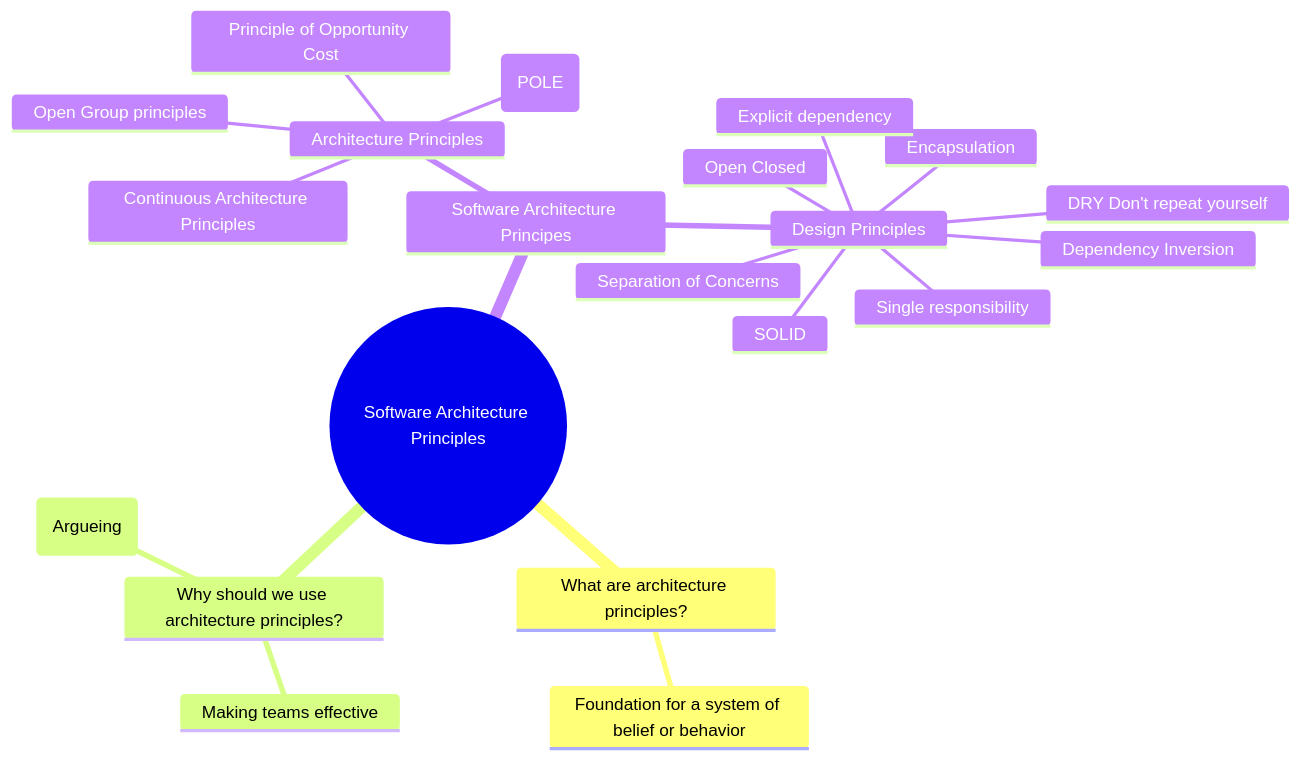
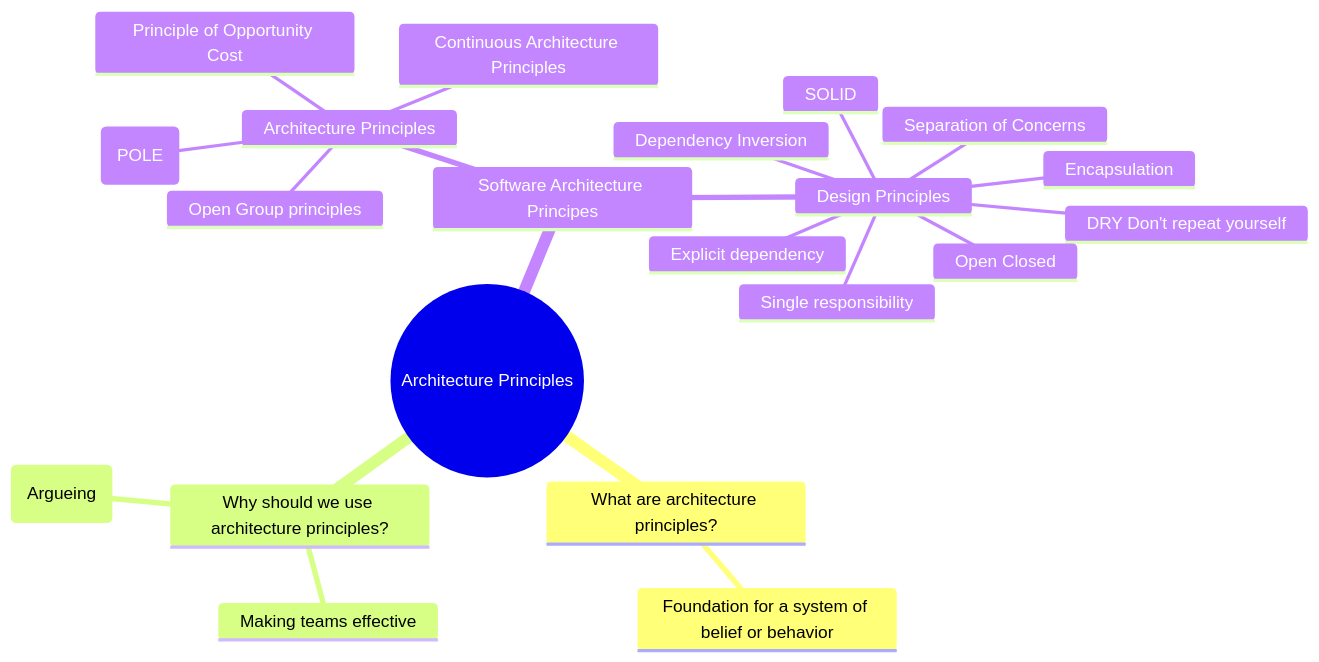
The diagram in README.md (bitsmuggler/software-architecture-principles), drawn with Mermaid before and after one commit. The commit also changed other lines of this file, not shown here.

````diff
--- a/README.md
+++ b/README.md
@@ -5,24 +5,24 @@
 ```mermaid
 mindmap
-  root((Software Architecture Principles))
+  root((Architecture Principles))
     What are architecture principles?
         Foundation for a system of belief or behavior
     Why should we use architecture principles?
         Making teams effective
         Communication (Argueing)
     Software Architecture Principes
         Architecture Principles
             Principle of Least Effort (POLE)
             Principle of Opportunity Cost
             Open Group principles
             Continuous Architecture Principles
         Design Principles
             SOLID
             Separation of Concerns
             Encapsulation
             DRY Don't repeat yourself
             Dependency Inversion
             Explicit dependency
             Single responsibility
             Open Closed
 ```
````
